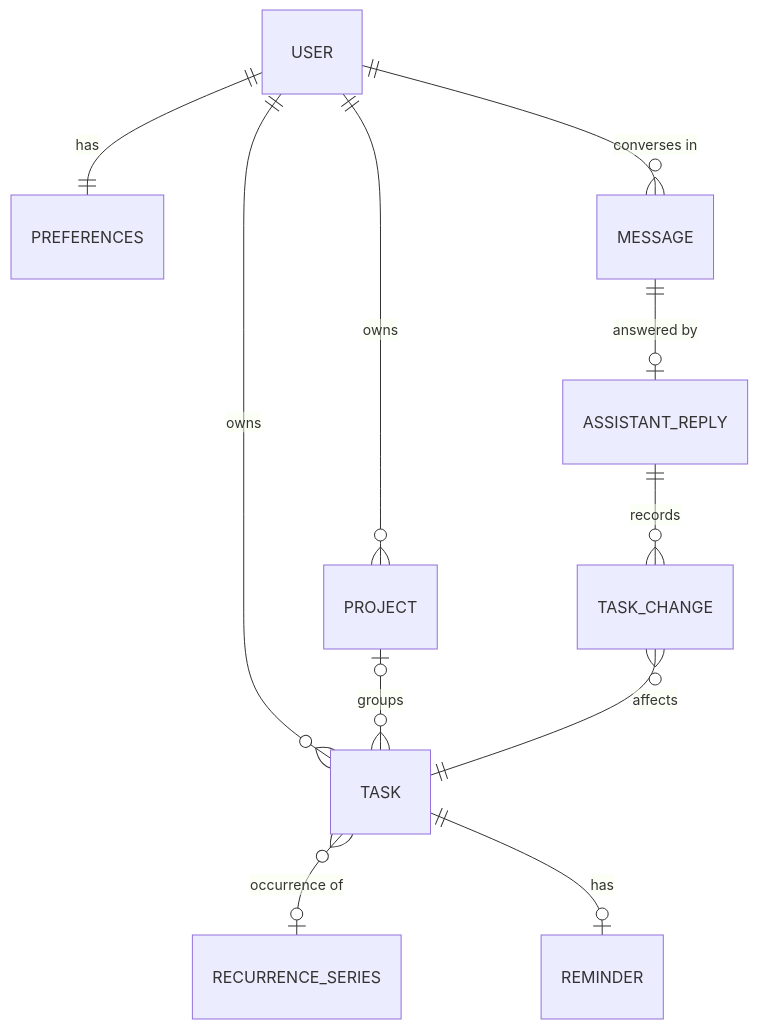
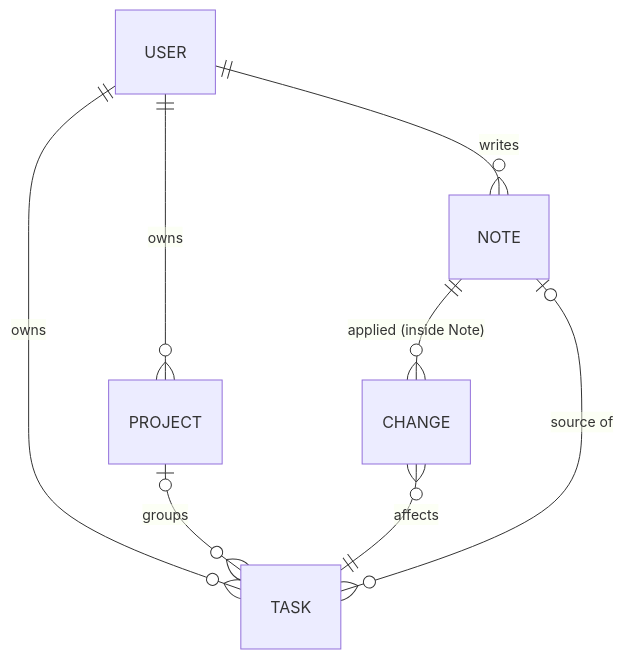
Before and after one commit to 02bbits/Agendal: the diagram in docs/02-domain/domain-overview.md, drawn with Mermaid. The commit also changed other lines of this file and 122 other files, not shown here.

````diff
--- a/docs/02-domain/domain-overview.md
+++ b/docs/02-domain/domain-overview.md
@@ -3,13 +5,10 @@
 ```mermaid
 erDiagram
     USER ||--o{ PROJECT : owns
     USER ||--o{ TASK : owns
-    USER ||--|| PREFERENCES : has
-    USER ||--o{ MESSAGE : "converses in"
+    USER ||--o{ NOTE : writes
     PROJECT |o--o{ TASK : groups
-    TASK }o--o| RECURRENCE_SERIES : "occurrence of"
-    TASK ||--o| REMINDER : has
-    MESSAGE ||--o| ASSISTANT_REPLY : "answered by"
-    ASSISTANT_REPLY ||--o{ TASK_CHANGE : records
-    TASK_CHANGE }o--|| TASK : affects
+    NOTE ||--o{ CHANGE : "applied (inside Note)"
+    CHANGE }o--|| TASK : affects
+    NOTE |o--o{ TASK : "source of"
 ```
````
